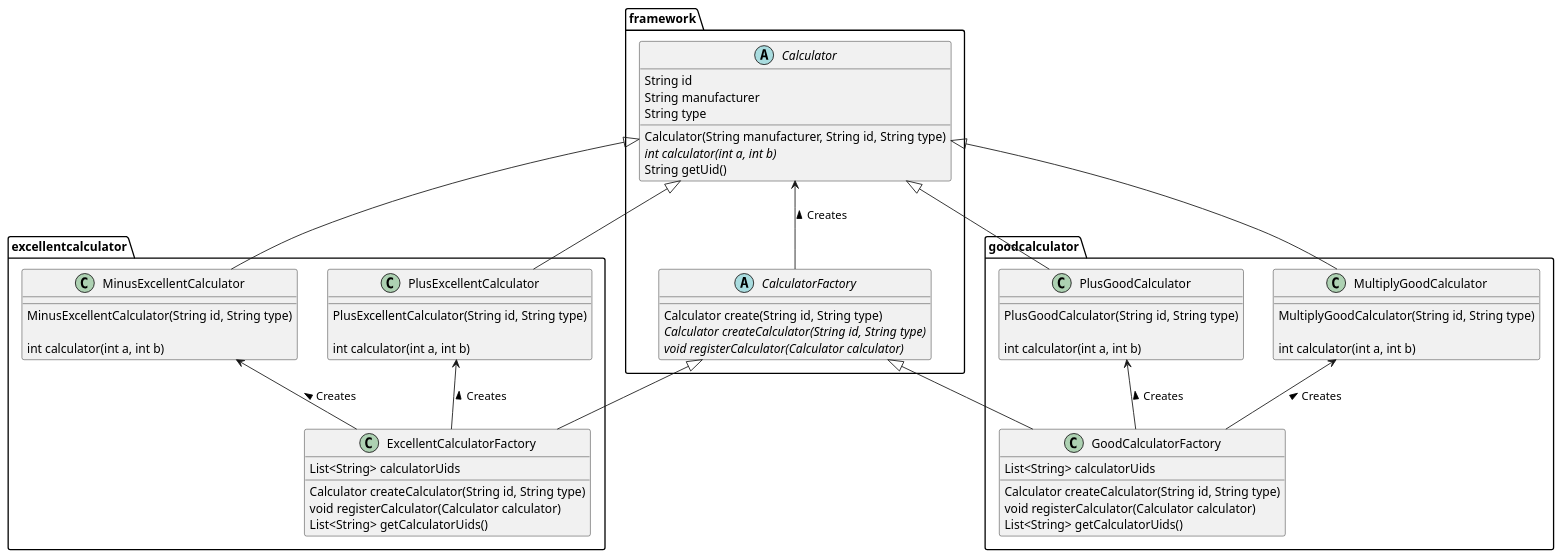
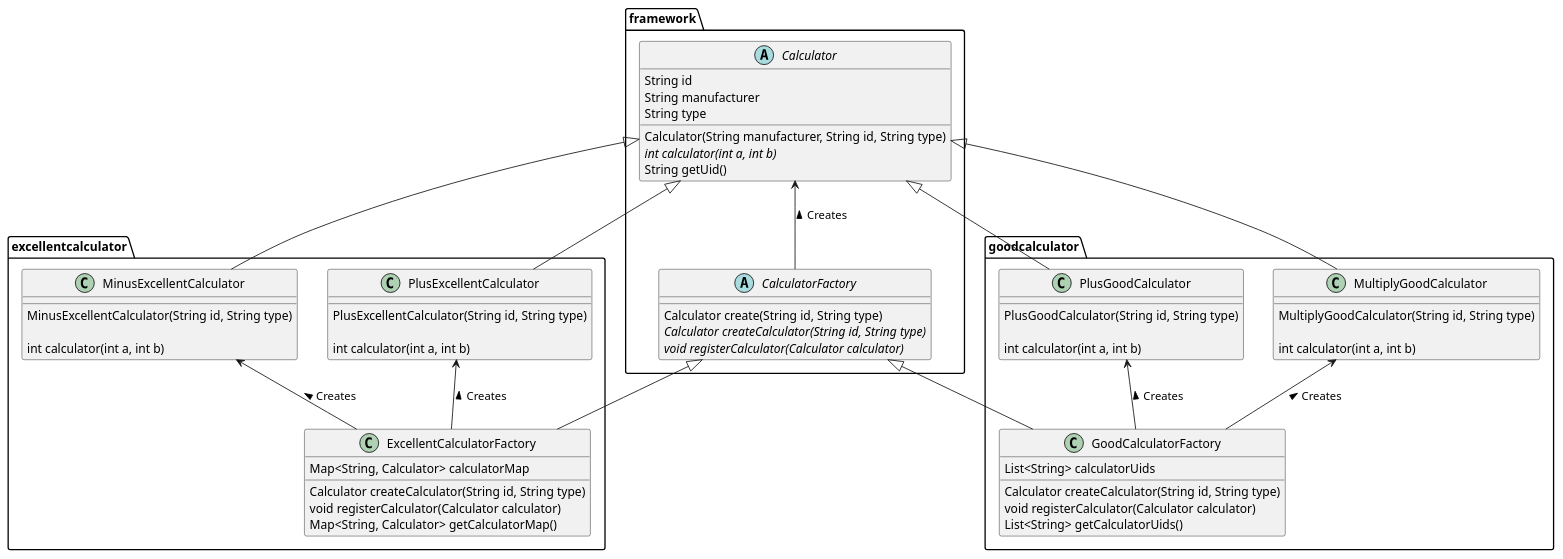
Before and after one commit to windowforsun/blog: the diagram in plantuml/designpattern/concept-factorymethod-2.plantuml, drawn with PlantUML. The commit also changed 1 other file, not shown here.

```diff
--- a/plantuml/designpattern/concept-factorymethod-2.plantuml
+++ b/plantuml/designpattern/concept-factorymethod-2.plantuml
@@ -1,76 +1,76 @@
 @startuml
 package framework <<Folder>> {
 	abstract class CalculatorFactory {
 		Calculator create(String id, String type)
 		{abstract} Calculator createCalculator(String id, String type)
 		{abstract} void registerCalculator(Calculator calculator)
 	}
 
 	abstract class Calculator {
 		String id
 		String manufacturer
 		String type
 
 		Calculator(String manufacturer, String id, String type)
 		{abstract} int calculator(int a, int b)
 		String getUid()
 	}
 }
 
 package excellentcalculator <<Folder>> {
 	class ExcellentCalculatorFactory {
-		List<String> calculatorUids
+		Map<String, Calculator> calculatorMap
 
 		Calculator createCalculator(String id, String type)
 		void registerCalculator(Calculator calculator)
-		List<String> getCalculatorUids()
+		Map<String, Calculator> getCalculatorMap()
 	}
 
 	class MinusExcellentCalculator {
 		MinusExcellentCalculator(String id, String type)
 
 		int calculator(int a, int b)
 	}
 
 	class PlusExcellentCalculator {
 		PlusExcellentCalculator(String id, String type)
 
 		int calculator(int a, int b)
 	}
 }
 
 package goodcalculator <<Folder>> {
 	class GoodCalculatorFactory {
 		List<String> calculatorUids
 
 		Calculator createCalculator(String id, String type)
 		void registerCalculator(Calculator calculator)
 		List<String> getCalculatorUids()
 	}
 
 	class MultiplyGoodCalculator {
 		MultiplyGoodCalculator(String id, String type)
 
 		int calculator(int a, int b)
 	}
 
 	class PlusGoodCalculator {
 		PlusGoodCalculator(String id, String type)
 
 		int calculator(int a, int b)
 	}
 }
 
 Calculator <-- CalculatorFactory : Creates <
 MinusExcellentCalculator <-- ExcellentCalculatorFactory : Creates <
 PlusExcellentCalculator <-- ExcellentCalculatorFactory : Creates <
 MultiplyGoodCalculator <-- GoodCalculatorFactory : Creates <
 PlusGoodCalculator <-- GoodCalculatorFactory : Creates <
 Calculator <|-- MinusExcellentCalculator
 Calculator <|-- PlusExcellentCalculator
 Calculator <|-- MultiplyGoodCalculator
 Calculator <|-- PlusGoodCalculator
 CalculatorFactory <|-- ExcellentCalculatorFactory
 CalculatorFactory <|-- GoodCalculatorFactory
 
 @enduml
```
